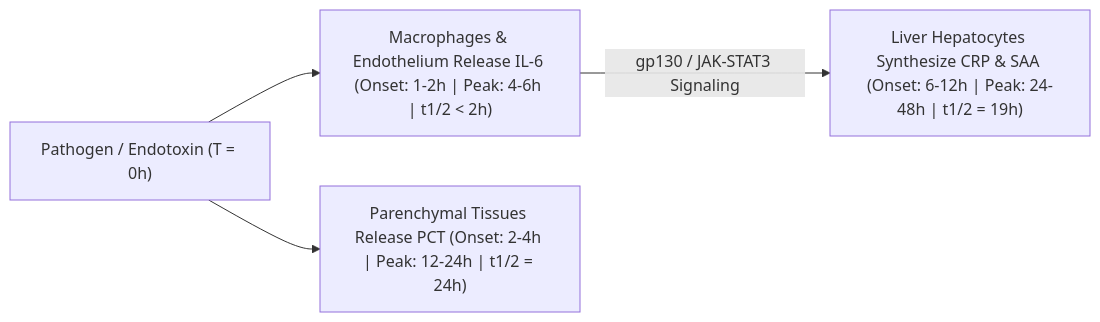
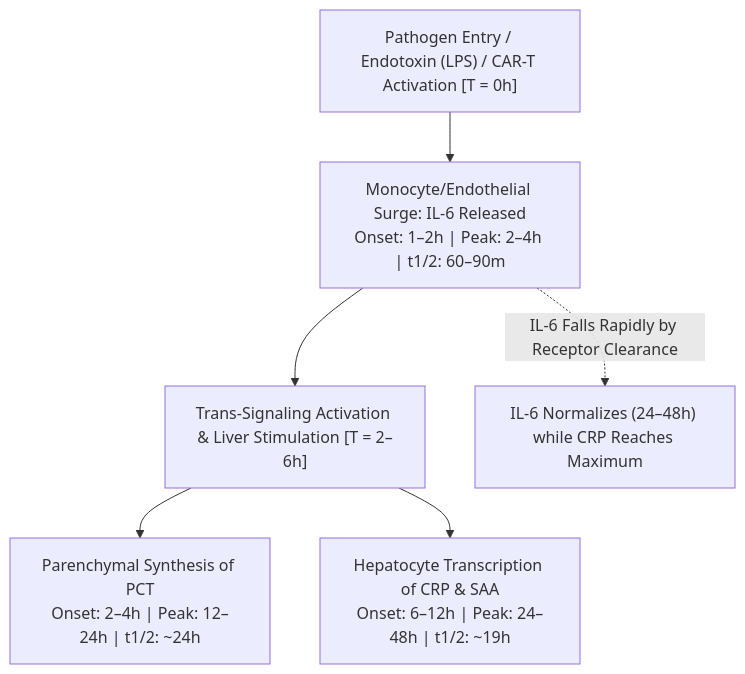
Before and after one commit to sawariyadiagnostic/references-and-interpretations: the diagram in 03_Immunoassay_Endocrinology_and_Nutrients/3.7_Acute_Cardiac_and_Sepsis_Biomarkers_CLIA_Cluster/3.7.7_Interleukin_6_IL_6_Early_Neonatal_Sepsis_and_Cytokine_Storm.md, drawn with Mermaid. The commit also changed other lines of this file and 4 other files, not shown here.

````diff
--- a/03_Immunoassay_Endocrinology_and_Nutrients/3.7_Acute_Cardiac_and_Sepsis_Biomarkers_CLIA_Cluster/3.7.7_Interleukin_6_IL_6_Early_Neonatal_Sepsis_and_Cytokine_Storm.md
+++ b/03_Immunoassay_Endocrinology_and_Nutrients/3.7_Acute_Cardiac_and_Sepsis_Biomarkers_CLIA_Cluster/3.7.7_Interleukin_6_IL_6_Early_Neonatal_Sepsis_and_Cytokine_Storm.md
@@ -111,6 +276,8 @@
 ```mermaid
-flowchart LR
-    A["Pathogen / Endotoxin (T = 0h)"] --> B["Macrophages & Endothelium Release IL-6 (Onset: 1-2h | Peak: 4-6h | t1/2 < 2h)"]
-    B -- "gp130 / JAK-STAT3 Signaling" --> C["Liver Hepatocytes Synthesize CRP & SAA (Onset: 6-12h | Peak: 24-48h | t1/2 = 19h)"]
-    A --> D["Parenchymal Tissues Release PCT (Onset: 2-4h | Peak: 12-24h | t1/2 = 24h)"]
+flowchart TD
+    A["Pathogen Entry / Endotoxin (LPS) / CAR-T Activation [T = 0h]"] --> B["Monocyte/Endothelial Surge: IL-6 Released<br>Onset: 1–2h | Peak: 2–4h | t1/2: 60–90m"]
+    B --> C["Trans-Signaling Activation & Liver Stimulation [T = 2–6h]"]
+    C --> D["Parenchymal Synthesis of PCT<br>Onset: 2–4h | Peak: 12–24h | t1/2: ~24h"]
+    C --> E["Hepatocyte Transcription of CRP & SAA<br>Onset: 6–12h | Peak: 24–48h | t1/2: ~19h"]
+    B -.->|"IL-6 Falls Rapidly by Receptor Clearance"| F["IL-6 Normalizes (24–48h) while CRP Reaches Maximum"]
 ```
````
